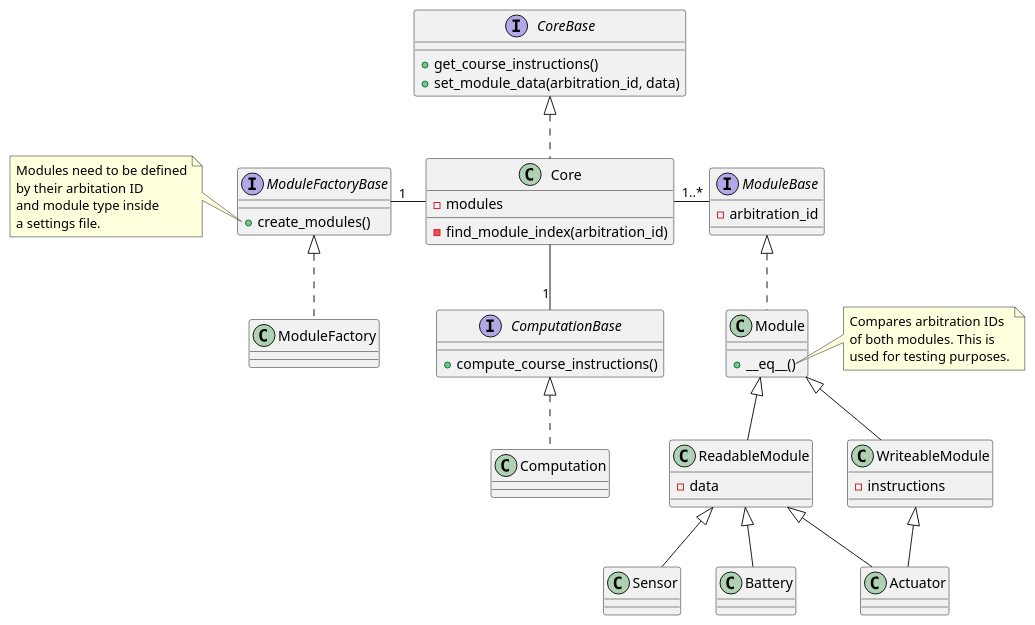
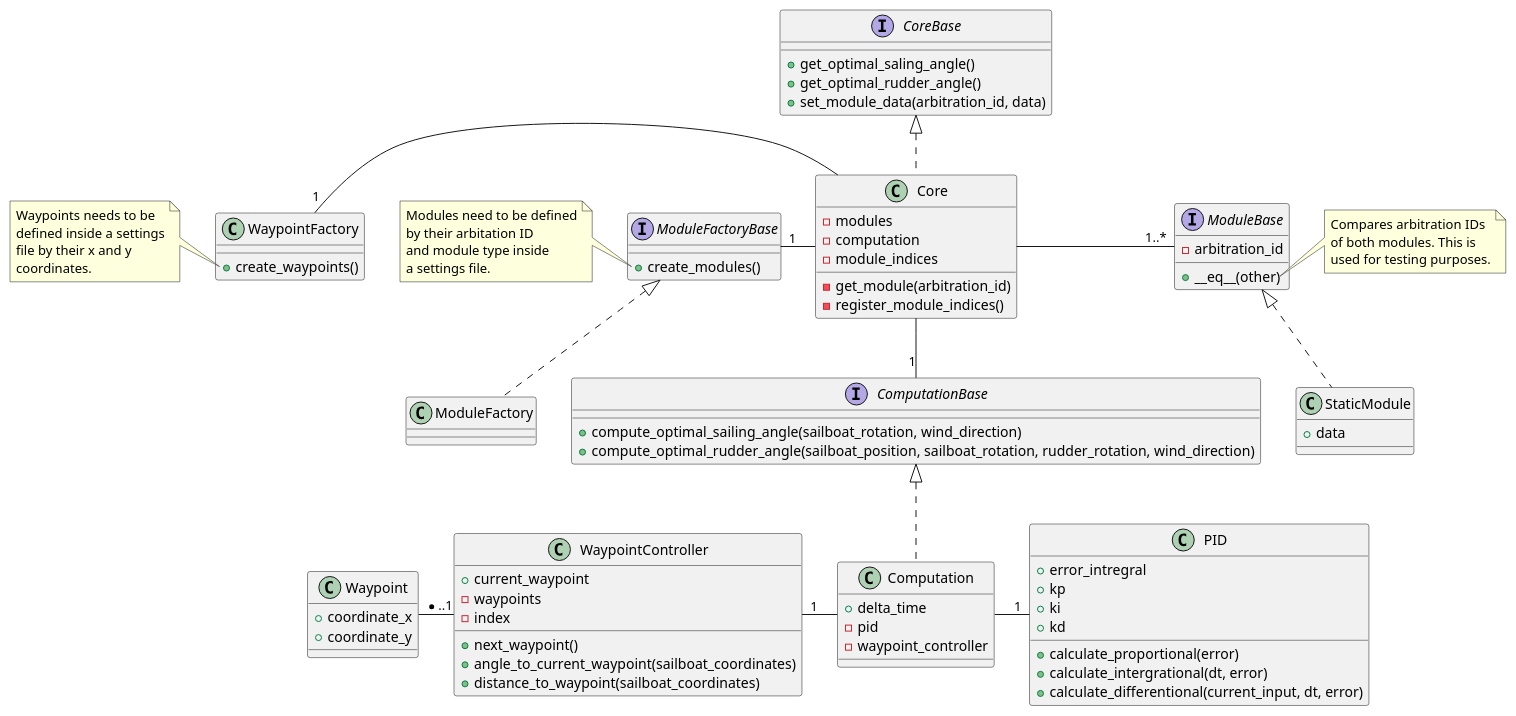
Before and after one commit to S-Vrijenhoek/Microtransat-Software-Framework: the diagram in docs/diagrams/src/class_diagram.wsd, drawn with PlantUML. The commit also changed 12 other files, not shown here.

```diff
--- a/docs/diagrams/src/class_diagram.wsd
+++ b/docs/diagrams/src/class_diagram.wsd
@@ -1,79 +1,115 @@
 @startuml Class Diagram
 
 interface ModuleBase
 interface ModuleFactoryBase
 interface ComputationBase
 interface CoreBase
 
-class ReadableModule
-class WriteableModule
-class Module
+class StaticModule
 class ModuleFactory
 class Computation
 class Core
-class Sensor
-class Actuator
-class Battery
+class PID
+class WaypointController
+class Waypoint
+class WaypointFactory
 
-ModuleBase <|.. Module
-Module <|-- ReadableModule
-Module <|-- WriteableModule
-ReadableModule <|-- Sensor
-ReadableModule <|-- Actuator
-ReadableModule <|-- Battery
-WriteableModule <|-- Actuator
+ModuleBase <|.. StaticModule
 ModuleFactoryBase <|.. ModuleFactory
 ComputationBase <|.. Computation
 CoreBase <|.. Core
 Core - "1..*" ModuleBase
 Core -left- "1" ModuleFactoryBase
+Core -left- "1" WaypointFactory
 Core -down- "1" ComputationBase
+Computation - "1" PID
+Computation -left- "1" WaypointController
+WaypointController -left- "*..1" Waypoint
 
 interface ModuleBase {
     - arbitration_id
+    + __eq__(other)
 }
 
 interface CoreBase {
-    + get_course_instructions()
+    + get_optimal_saling_angle()
+    + get_optimal_rudder_angle()
     + set_module_data(arbitration_id, data)
 }
 
 interface ModuleFactoryBase {
     + create_modules()
 }
 
 interface ComputationBase {
-    + compute_course_instructions()
+    + compute_optimal_sailing_angle(sailboat_rotation, wind_direction)
+    + compute_optimal_rudder_angle(sailboat_position, sailboat_rotation, rudder_rotation, wind_direction)
 }
 
-class Module {
-    + __eq__()
+class PID {
+    + error_intregral
+    + kp
+    + ki
+    + kd
+    + calculate_proportional(error)
+    + calculate_intergrational(dt, error)
+    + calculate_differentional(current_input, dt, error)
+}
+
+class WaypointController {
+    + current_waypoint
+    - waypoints
+    - index
+    + next_waypoint()
+    + angle_to_current_waypoint(sailboat_coordinates)
+    + distance_to_waypoint(sailboat_coordinates)
+}
+
+class WaypointFactory {
+    + create_waypoints()
+}
+
+class Waypoint {
+    + coordinate_x
+    + coordinate_y
+}
+
+class StaticModule {
+    + data
+}
+
+class Computation {
+    + delta_time
+    - pid
+    - waypoint_controller
 }
 
 class Core {
     - modules
-    - find_module_index(arbitration_id)
-}
-
-class ReadableModule {
-    - data
-}
-
-class WriteableModule {
-    - instructions
+    - computation
+    - module_indices
+    - get_module(arbitration_id)
+    - register_module_indices()
 }
 
 note left of ModuleFactoryBase::create_modules
     Modules need to be defined
     by their arbitation ID
     and module type inside 
     a settings file.
 end note
 
-note right of Module::__eq__
+note right of ModuleBase::__eq__
     Compares arbitration IDs
     of both modules. This is
     used for testing purposes.
 end note
 
+note left of WaypointFactory::create_waypoints
+    Waypoints needs to be
+    defined inside a settings
+    file by their x and y 
+    coordinates.
+end note
+
 @enduml
```
